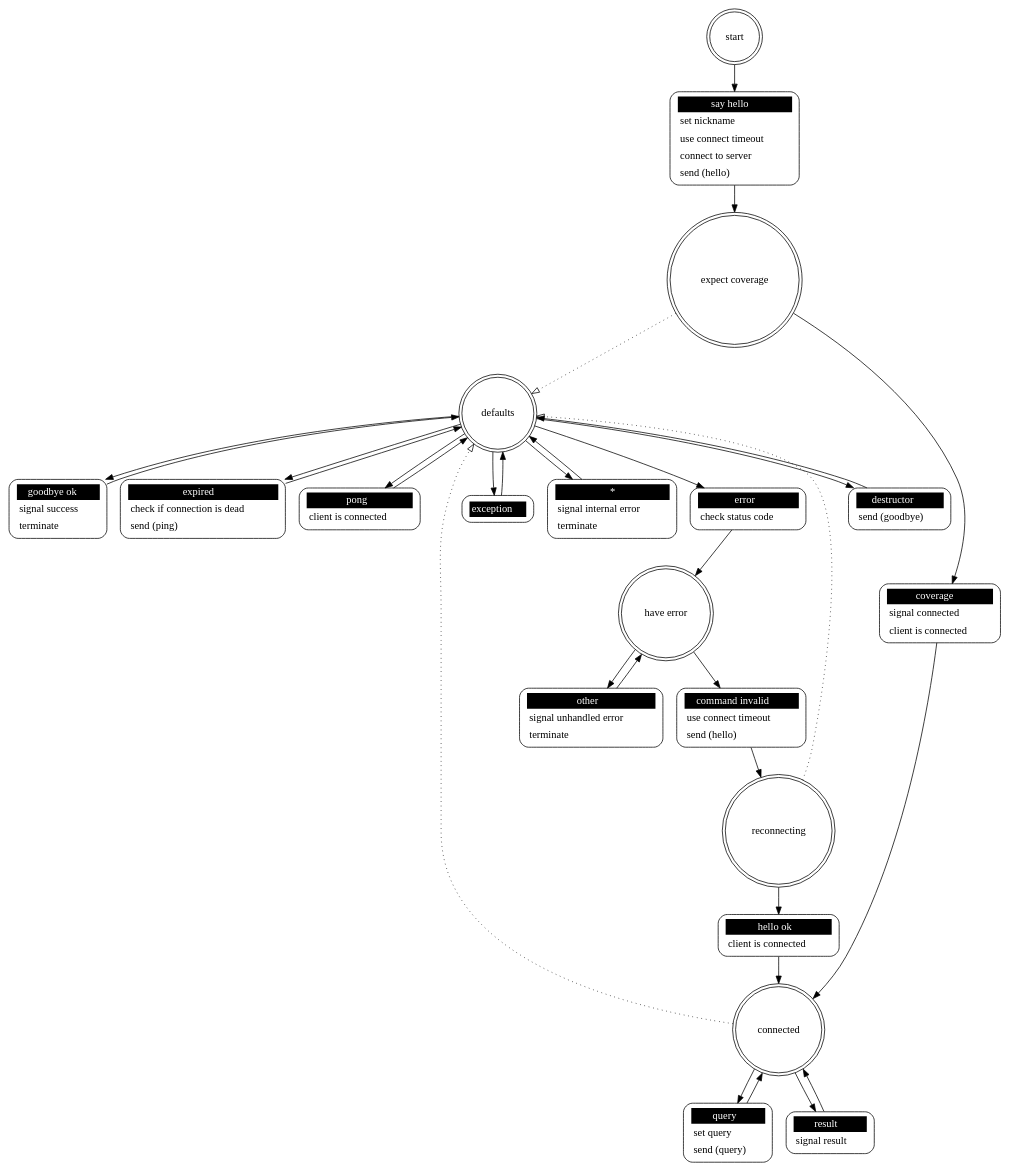
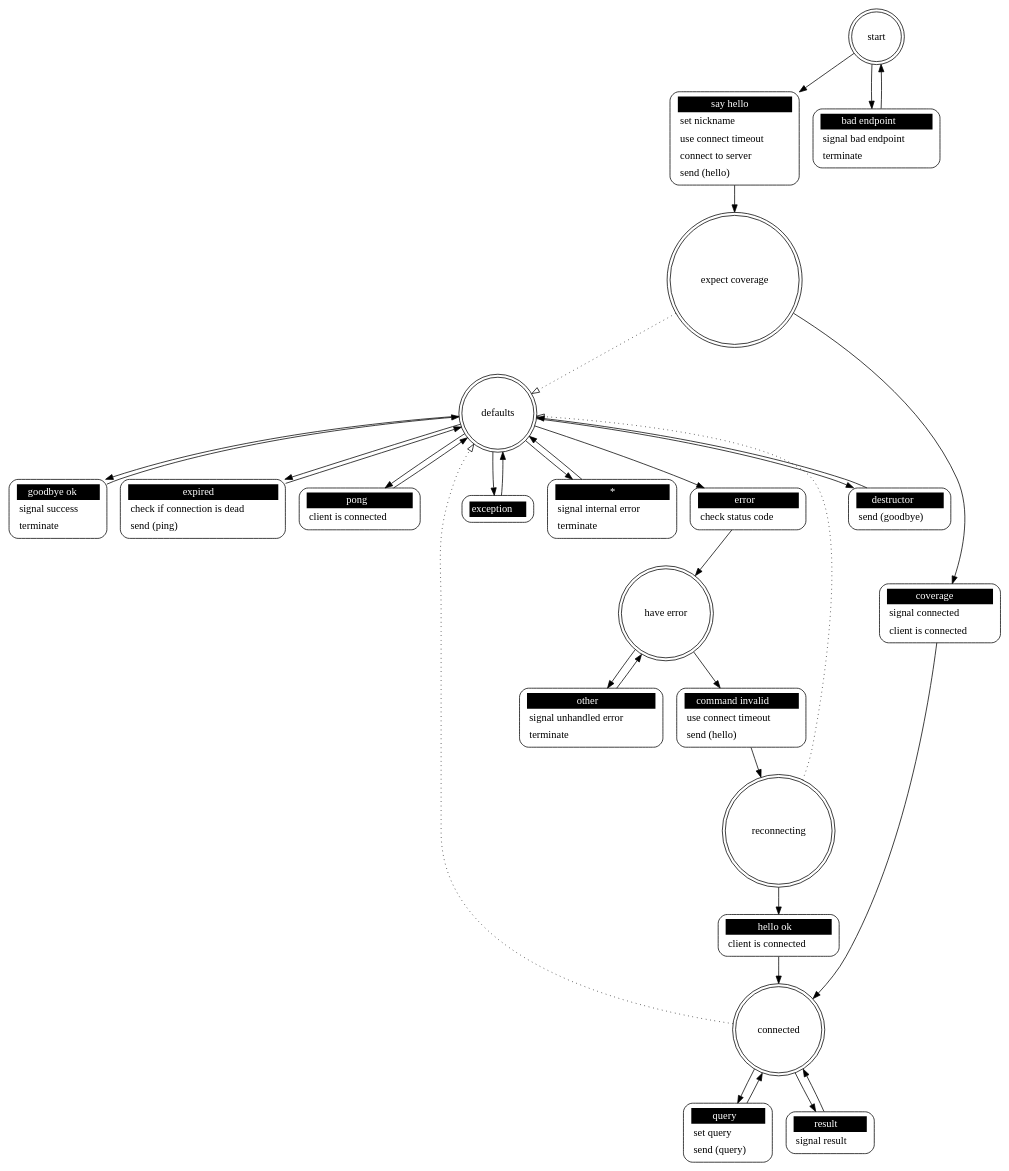
The diagram in src/tpq_client.dot (brettviren/tpquery), drawn with Graphviz before and after one commit. The commit also changed 8 other files, not shown here.

```diff
--- a/src/tpq_client.dot
+++ b/src/tpq_client.dot
@@ -1,60 +1,63 @@
 ## Automatically generated from tpq_client.xml by gsl
 digraph "tpq_client" {
  "expect coverage" -> "defaults" [style=dotted,arrowhead=empty]
  "connected" -> "defaults" [style=dotted,arrowhead=empty]
  "reconnecting" -> "defaults" [style=dotted,arrowhead=empty]
 
  "start" [shape = "doublecircle"];
  "start say hello" [shape = "Mrecord" style = solid label = <<table border="0" cellborder="0" cellpadding="3" bgcolor="white"><tr><td bgcolor="black" align="center" colspan="2"><font color="white">say hello</font></td></tr><tr><td align="left" port="r3">set nickname</td></tr><tr><td align="left" port="r3">use connect timeout</td></tr><tr><td align="left" port="r3">connect to server</td></tr><tr><td align="left" port="r3">send (hello)</td></tr></table>>];
  "start" -> "start say hello";
  "start say hello" -> "expect coverage";
+ "start bad endpoint" [shape = "Mrecord" style = solid label = <<table border="0" cellborder="0" cellpadding="3" bgcolor="white"><tr><td bgcolor="black" align="center" colspan="2"><font color="white">bad endpoint</font></td></tr><tr><td align="left" port="r3">signal bad endpoint</td></tr><tr><td align="left" port="r3">terminate</td></tr></table>>];
+ "start" -> "start bad endpoint";
+ "start bad endpoint" -> "start";
 
  "expect coverage" [shape = "doublecircle"];
  "expect coverage coverage" [shape = "Mrecord" style = solid label = <<table border="0" cellborder="0" cellpadding="3" bgcolor="white"><tr><td bgcolor="black" align="center" colspan="2"><font color="white">coverage</font></td></tr><tr><td align="left" port="r3">signal connected</td></tr><tr><td align="left" port="r3">client is connected</td></tr></table>>];
  "expect coverage" -> "expect coverage coverage";
  "expect coverage coverage" -> "connected";
 
  "connected" [shape = "doublecircle"];
  "connected query" [shape = "Mrecord" style = solid label = <<table border="0" cellborder="0" cellpadding="3" bgcolor="white"><tr><td bgcolor="black" align="center" colspan="2"><font color="white">query</font></td></tr><tr><td align="left" port="r3">set query</td></tr><tr><td align="left" port="r3">send (query)</td></tr></table>>];
  "connected" -> "connected query";
  "connected query" -> "connected";
  "connected result" [shape = "Mrecord" style = solid label = <<table border="0" cellborder="0" cellpadding="3" bgcolor="white"><tr><td bgcolor="black" align="center" colspan="2"><font color="white">result</font></td></tr><tr><td align="left" port="r3">signal result</td></tr></table>>];
  "connected" -> "connected result";
  "connected result" -> "connected";
 
  "defaults" [shape = "doublecircle"];
  "defaults destructor" [shape = "Mrecord" style = solid label = <<table border="0" cellborder="0" cellpadding="3" bgcolor="white"><tr><td bgcolor="black" align="center" colspan="2"><font color="white">destructor</font></td></tr><tr><td align="left" port="r3">send (goodbye)</td></tr></table>>];
  "defaults" -> "defaults destructor";
  "defaults destructor" -> "defaults";
  "defaults goodbye ok" [shape = "Mrecord" style = solid label = <<table border="0" cellborder="0" cellpadding="3" bgcolor="white"><tr><td bgcolor="black" align="center" colspan="2"><font color="white">goodbye ok</font></td></tr><tr><td align="left" port="r3">signal success</td></tr><tr><td align="left" port="r3">terminate</td></tr></table>>];
  "defaults" -> "defaults goodbye ok";
  "defaults goodbye ok" -> "defaults";
  "defaults expired" [shape = "Mrecord" style = solid label = <<table border="0" cellborder="0" cellpadding="3" bgcolor="white"><tr><td bgcolor="black" align="center" colspan="2"><font color="white">expired</font></td></tr><tr><td align="left" port="r3">check if connection is dead</td></tr><tr><td align="left" port="r3">send (ping)</td></tr></table>>];
  "defaults" -> "defaults expired";
  "defaults expired" -> "defaults";
  "defaults pong" [shape = "Mrecord" style = solid label = <<table border="0" cellborder="0" cellpadding="3" bgcolor="white"><tr><td bgcolor="black" align="center" colspan="2"><font color="white">pong</font></td></tr><tr><td align="left" port="r3">client is connected</td></tr></table>>];
  "defaults" -> "defaults pong";
  "defaults pong" -> "defaults";
  "defaults error" [shape = "Mrecord" style = solid label = <<table border="0" cellborder="0" cellpadding="3" bgcolor="white"><tr><td bgcolor="black" align="center" colspan="2"><font color="white">error</font></td></tr><tr><td align="left" port="r3">check status code</td></tr></table>>];
  "defaults" -> "defaults error";
  "defaults error" -> "have error";
  "defaults exception" [shape = "Mrecord" style = solid label = <<table border="0" cellborder="0" cellpadding="3" bgcolor="white"><tr><td bgcolor="black" align="center" colspan="2"><font color="white">exception</font></td></tr></table>>];
  "defaults" -> "defaults exception";
  "defaults exception" -> "defaults";
  "defaults *" [shape = "Mrecord" style = solid label = <<table border="0" cellborder="0" cellpadding="3" bgcolor="white"><tr><td bgcolor="black" align="center" colspan="2"><font color="white">*</font></td></tr><tr><td align="left" port="r3">signal internal error</td></tr><tr><td align="left" port="r3">terminate</td></tr></table>>];
  "defaults" -> "defaults *";
  "defaults *" -> "defaults";
 
  "have error" [shape = "doublecircle"];
  "have error command invalid" [shape = "Mrecord" style = solid label = <<table border="0" cellborder="0" cellpadding="3" bgcolor="white"><tr><td bgcolor="black" align="center" colspan="2"><font color="white">command invalid</font></td></tr><tr><td align="left" port="r3">use connect timeout</td></tr><tr><td align="left" port="r3">send (hello)</td></tr></table>>];
  "have error" -> "have error command invalid";
  "have error command invalid" -> "reconnecting";
  "have error other" [shape = "Mrecord" style = solid label = <<table border="0" cellborder="0" cellpadding="3" bgcolor="white"><tr><td bgcolor="black" align="center" colspan="2"><font color="white">other</font></td></tr><tr><td align="left" port="r3">signal unhandled error</td></tr><tr><td align="left" port="r3">terminate</td></tr></table>>];
  "have error" -> "have error other";
  "have error other" -> "have error";
 
  "reconnecting" [shape = "doublecircle"];
  "reconnecting hello ok" [shape = "Mrecord" style = solid label = <<table border="0" cellborder="0" cellpadding="3" bgcolor="white"><tr><td bgcolor="black" align="center" colspan="2"><font color="white">hello ok</font></td></tr><tr><td align="left" port="r3">client is connected</td></tr></table>>];
  "reconnecting" -> "reconnecting hello ok";
  "reconnecting hello ok" -> "connected";
 }
```
